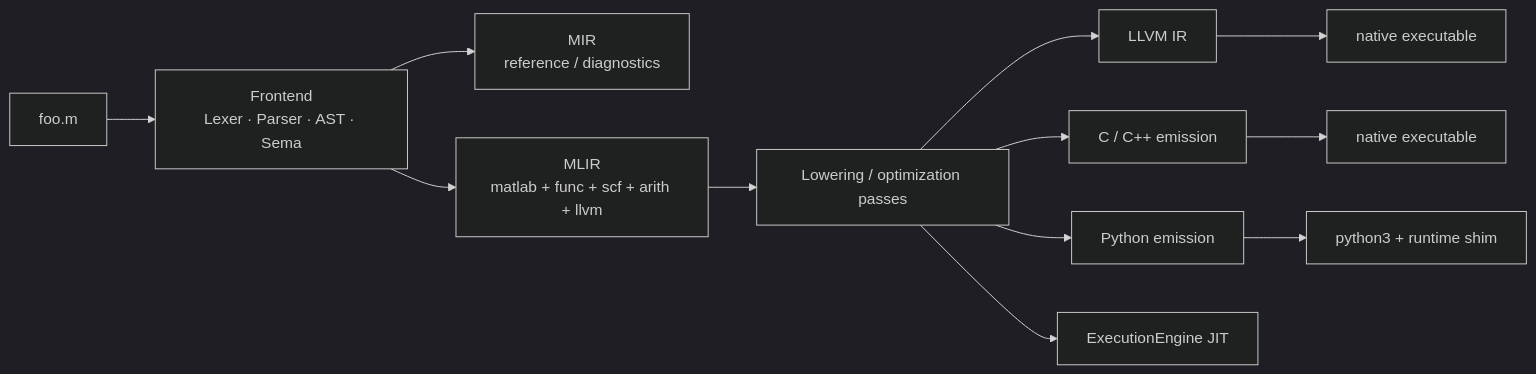
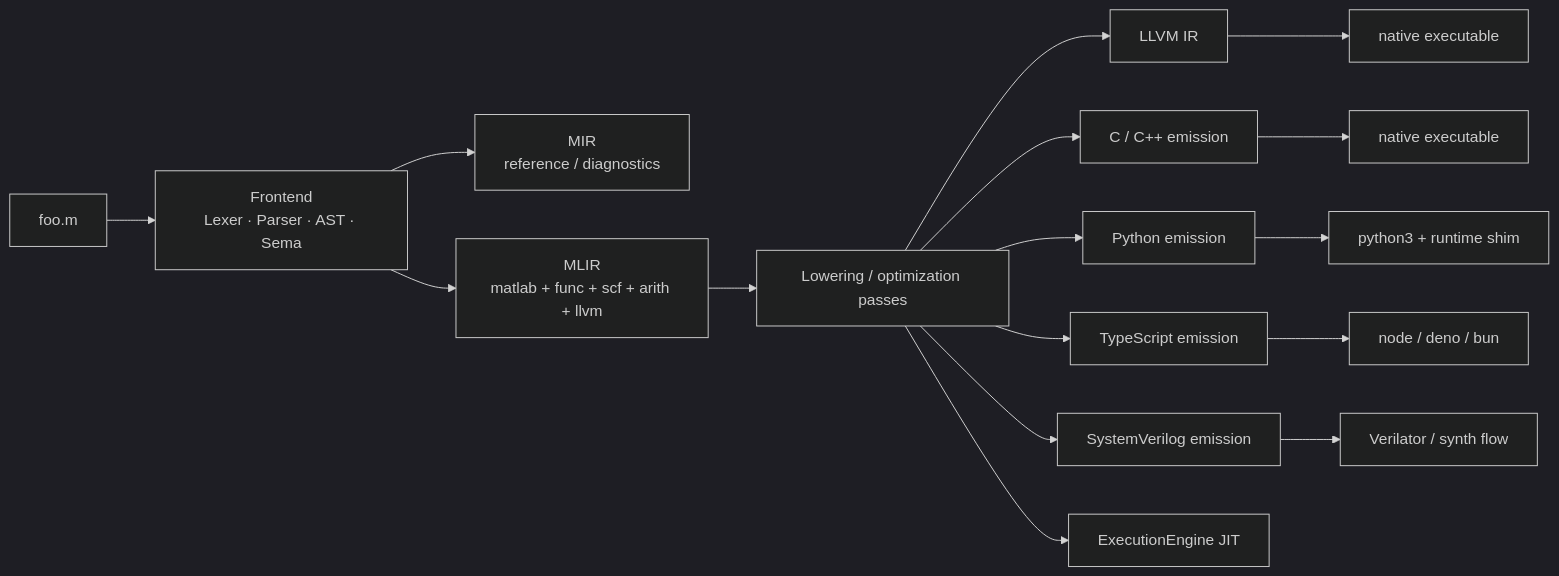
One commit to leonardoaraujosantos/matlab_llvm changed the diagram in README.md. Above: the diagram before and after it, drawn with Mermaid (dark theme). The commit also changed other lines of this file and 5 other files, not shown here.

````diff
--- a/README.md
+++ b/README.md
@@ -288,14 +297,18 @@
 ```mermaid
 flowchart LR
   src["foo.m"] --> FE["Frontend<br/>Lexer · Parser · AST · Sema"]
   FE --> MIR["MIR<br/>reference / diagnostics"]
   FE --> MLIR["MLIR<br/>matlab + func + scf + arith + llvm"]
   MLIR --> Passes["Lowering / optimization passes"]
   Passes --> LLVM["LLVM IR"]
   Passes --> C["C / C++ emission"]
   Passes --> PY["Python emission"]
+  Passes --> TS["TypeScript emission"]
+  Passes --> SV["SystemVerilog emission"]
   Passes --> JIT["ExecutionEngine JIT"]
   LLVM --> EXE1["native executable"]
   C --> EXE2["native executable"]
   PY --> EXE3["python3 + runtime shim"]
+  TS --> EXE4["node / deno / bun"]
+  SV --> EXE5["Verilator / synth flow"]
 ```
````
